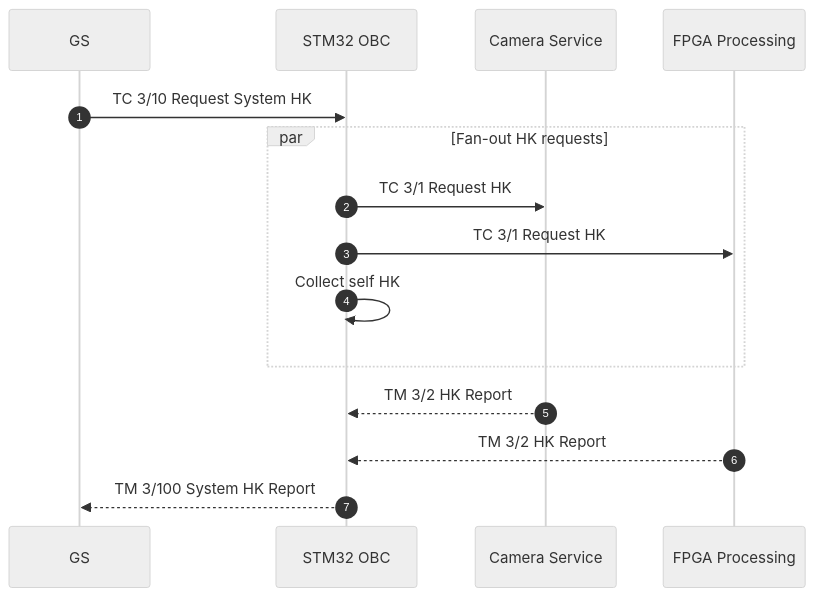
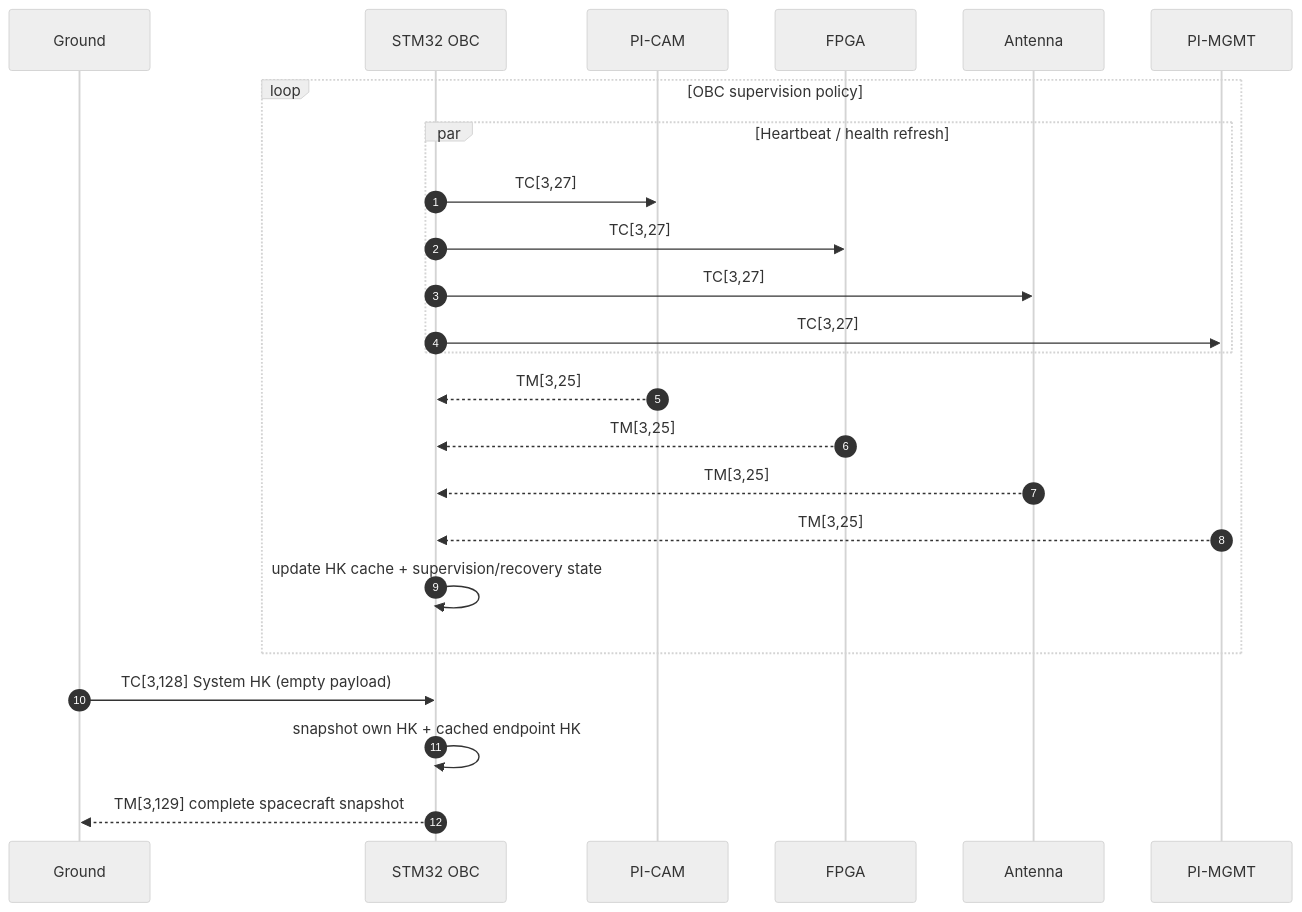
Before and after one commit to ExoSpaceLabs/exn: the first of 12 diagrams in docs/diagrams.md, drawn with Mermaid (neutral theme). The commit also changed other lines of this file and 49 other files, not shown here.

````diff
--- a/docs/diagrams.md
+++ b/docs/diagrams.md
@@ -13,18 +16,28 @@
 ```mermaid
 sequenceDiagram
   autonumber
-  participant GS as GS
-  participant MCU as STM32 OBC
-  participant CAM as Camera Service
-  participant FPGA as FPGA Processing
+  participant GS as Ground
+  participant OBC as STM32 OBC
+  participant CAM as PI-CAM
+  participant FPGA as FPGA
+  participant ANT as Antenna
+  participant PM as PI-MGMT
 
-  GS->>MCU: TC 3/10 Request System HK
-  par Fan-out HK requests
-    MCU->>CAM: TC 3/1 Request HK
-    MCU->>FPGA: TC 3/1 Request HK
-    MCU->>MCU: Collect self HK
+  loop OBC supervision policy
+    par Heartbeat / health refresh
+      OBC->>CAM: TC[3,27]
+      OBC->>FPGA: TC[3,27]
+      OBC->>ANT: TC[3,27]
+      OBC->>PM: TC[3,27]
+    end
+    CAM-->>OBC: TM[3,25]
+    FPGA-->>OBC: TM[3,25]
+    ANT-->>OBC: TM[3,25]
+    PM-->>OBC: TM[3,25]
+    OBC->>OBC: update HK cache + supervision/recovery state
   end
-  CAM-->>MCU: TM 3/2 HK Report
-  FPGA-->>MCU: TM 3/2 HK Report
-  MCU-->>GS: TM 3/100 System HK Report
+
+  GS->>OBC: TC[3,128] System HK (empty payload)
+  OBC->>OBC: snapshot own HK + cached endpoint HK
+  OBC-->>GS: TM[3,129] complete spacecraft snapshot
 ```
````
